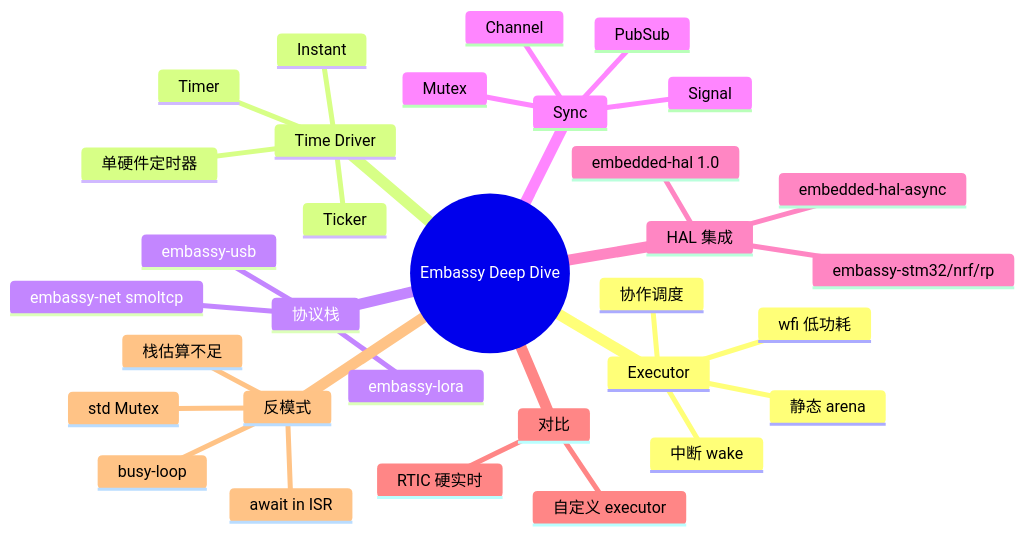
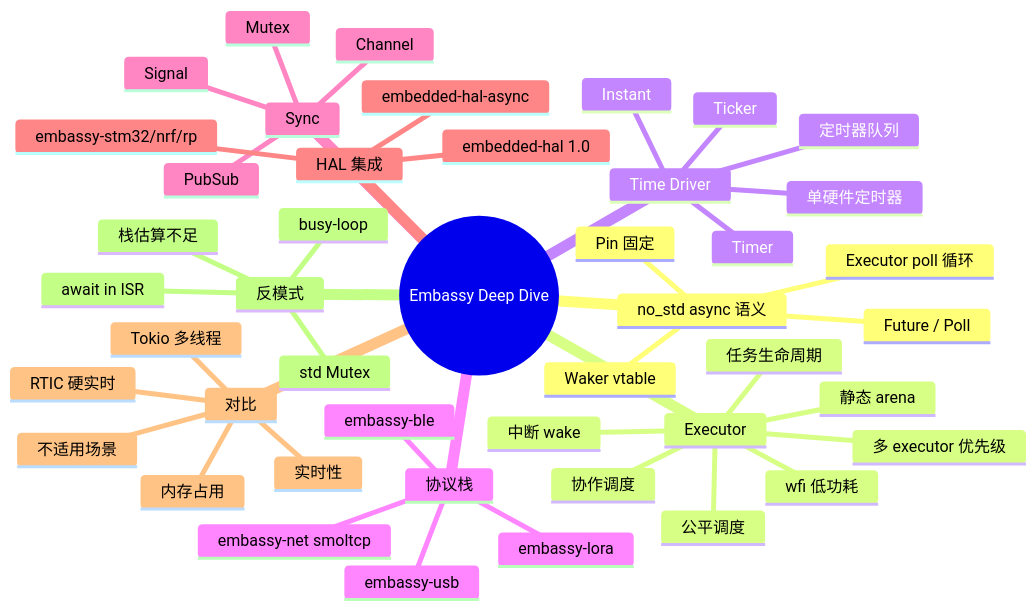
One commit to martin-ly/rust-lang changed the third of 3 diagrams in concept/06_ecosystem/05_systems_and_embedded/34_embassy_framework_deep_dive.md. Above: the diagram before and after it, drawn with Mermaid. The commit also changed other lines of this file and 91 other files, not shown here.

````diff
--- a/concept/06_ecosystem/05_systems_and_embedded/34_embassy_framework_deep_dive.md
+++ b/concept/06_ecosystem/05_systems_and_embedded/34_embassy_framework_deep_dive.md
@@ -501,35 +797,48 @@
 ```mermaid
 mindmap
   root((Embassy Deep Dive))
+    no_std async 语义
+      Future / Poll
+      Pin 固定
+      Waker vtable
+      Executor poll 循环
     Executor
       静态 arena
+      任务生命周期
       中断 wake
       协作调度
+      多 executor 优先级
+      公平调度
       wfi 低功耗
     Time Driver
       Instant
       Timer
       Ticker
       单硬件定时器
+      定时器队列
     协议栈
       embassy-net smoltcp
       embassy-usb
+      embassy-ble
       embassy-lora
     Sync
       Mutex
       Channel
       Signal
       PubSub
     HAL 集成
       embedded-hal 1.0
       embedded-hal-async
       embassy-stm32/nrf/rp
     对比
       RTIC 硬实时
-      自定义 executor
+      Tokio 多线程
+      内存占用
+      实时性
+      不适用场景
     反模式
       await in ISR
       busy-loop
       std Mutex
       栈估算不足
 ```
````
